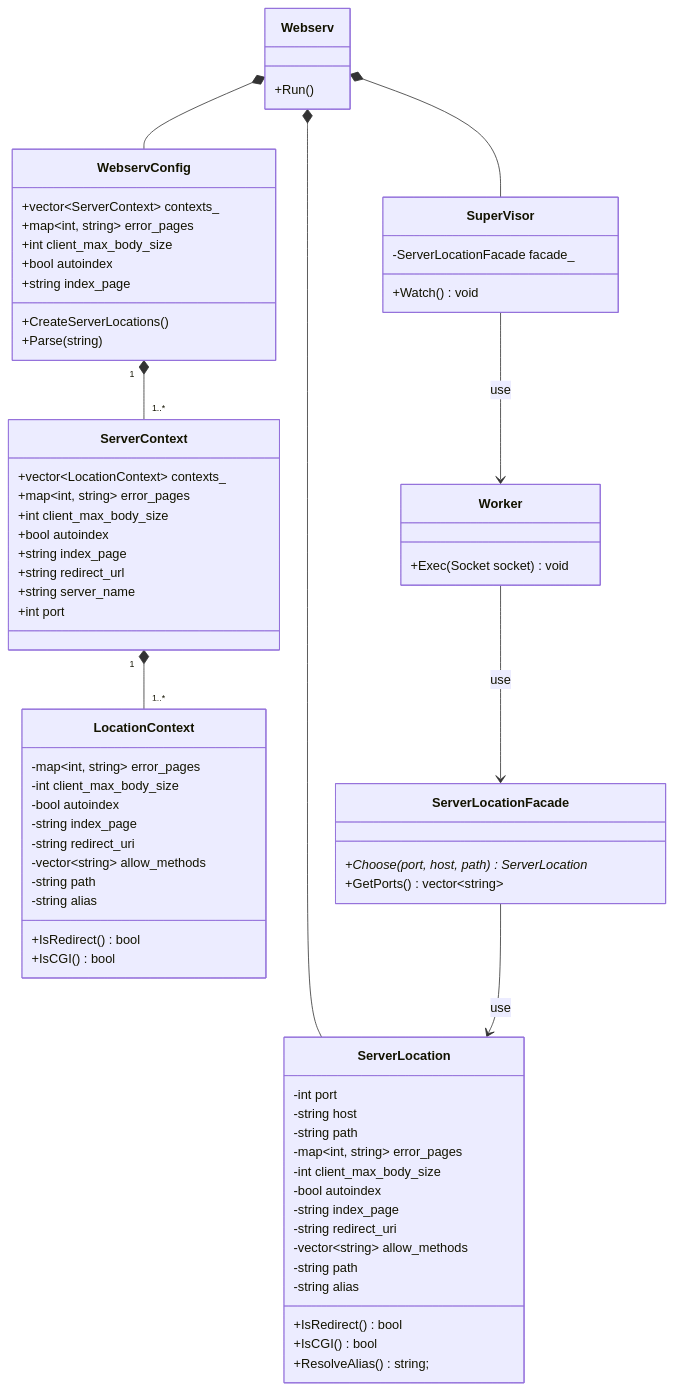
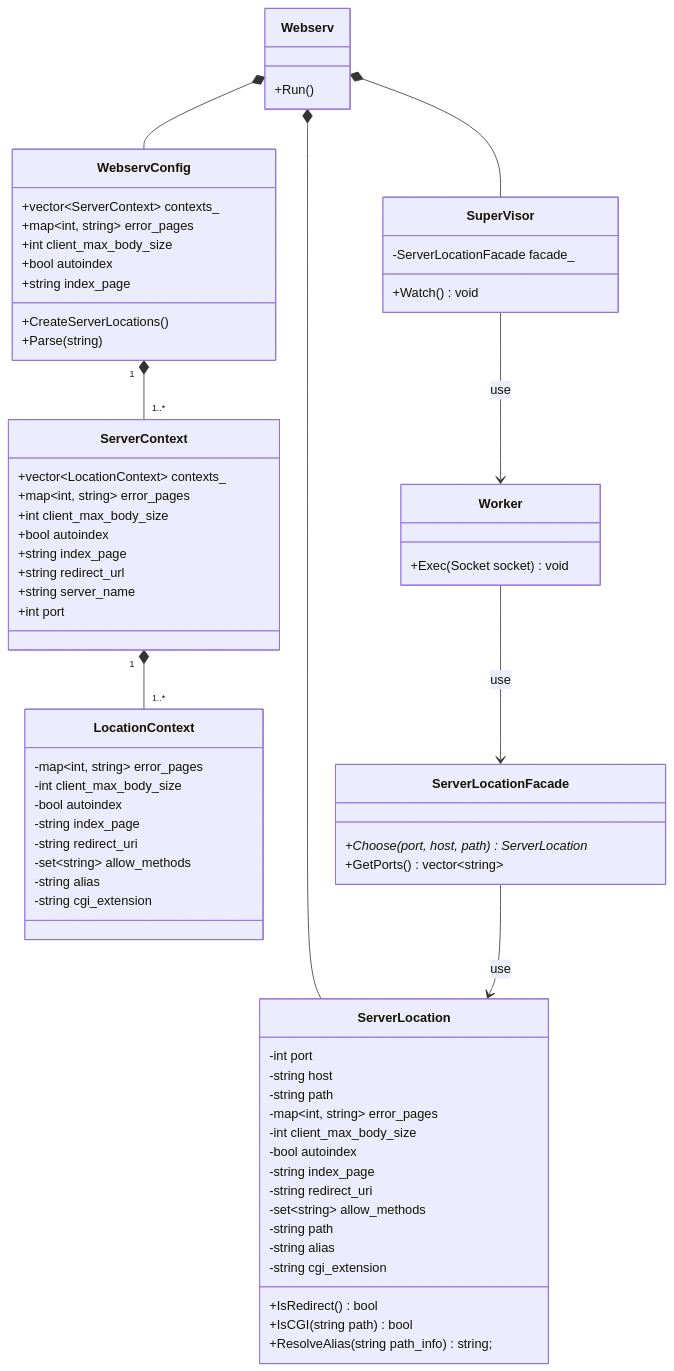
The diagram in docs/class/config_class.md (katataku/webserv), drawn with Mermaid before and after one commit. The commit also changed other lines of this file and 24 other files, not shown here.

````diff
--- a/docs/class/config_class.md
+++ b/docs/class/config_class.md
@@ -37,11 +37,9 @@
         -bool autoindex
         -string index_page
         -string redirect_uri
-        -vector~string~ allow_methods
-        -string path
+        -set~string~ allow_methods
         -string alias
-        +IsRedirect() bool
-        +IsCGI() bool
+        -string cgi_extension
     }
 
     class Webserv {
@@ -76,11 +74,12 @@
         -bool autoindex
         -string index_page
         -string redirect_uri
-        -vector~string~ allow_methods
+        -set~string~ allow_methods
         -string path
         -string alias
+        -string cgi_extension
         +IsRedirect() bool
-        +IsCGI() bool
-        +ResolveAlias() string;
+        +IsCGI(string path) bool
+        +ResolveAlias(string path_info) string;
     }
 ```
````
